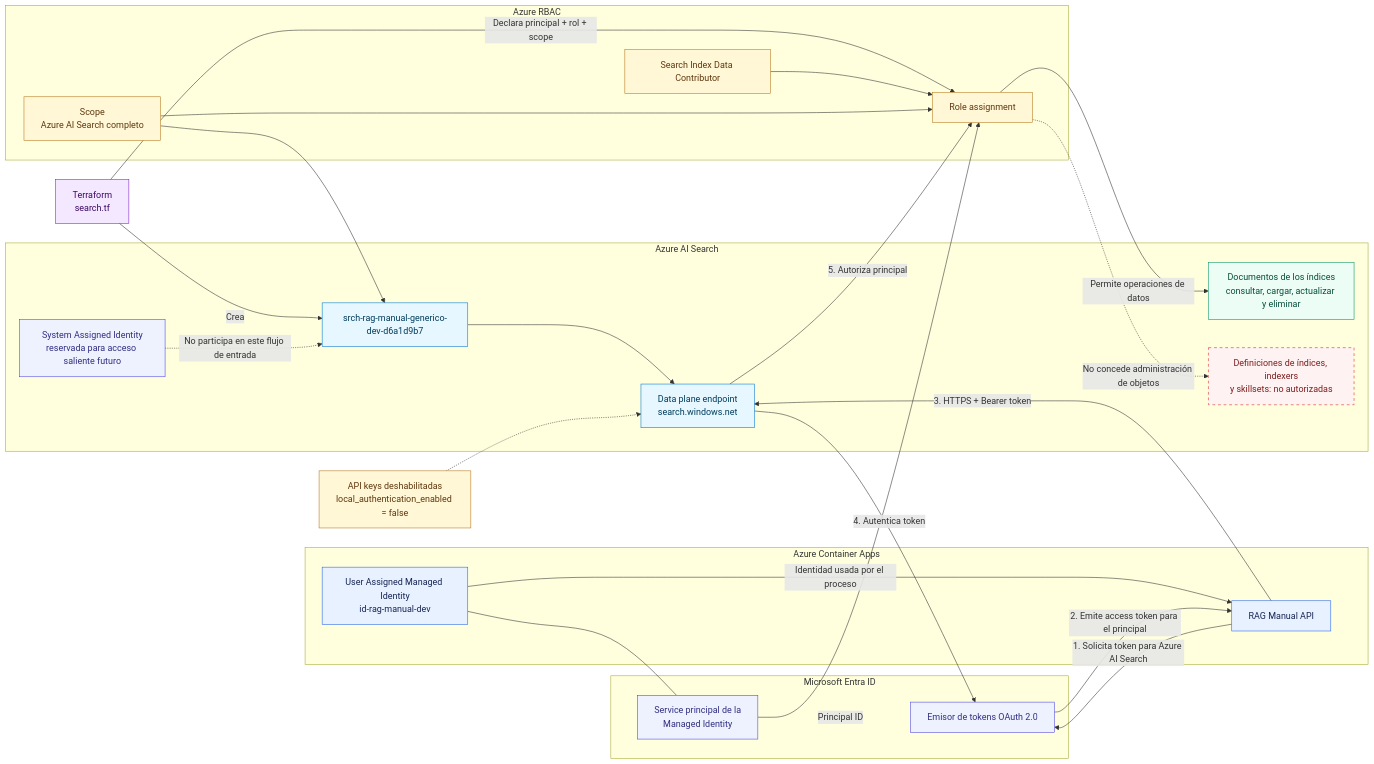
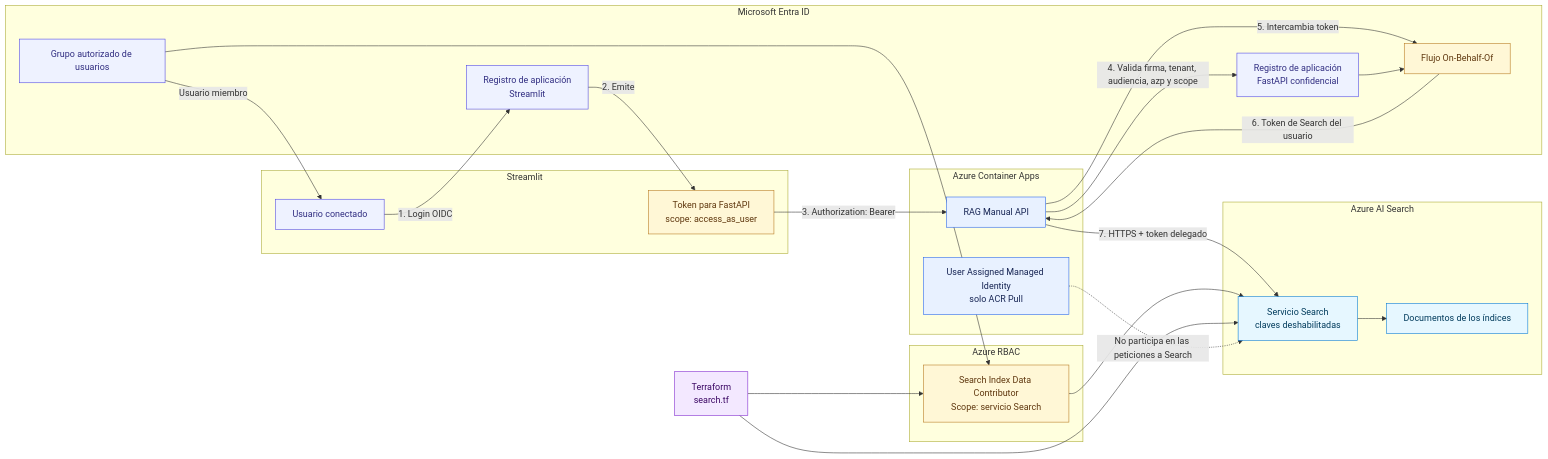
Before and after one commit to efraxpc/rag-manual-generico: the diagram in infrastructure/terraform/azure-ai-search-entra-rbac.mmd, drawn with Mermaid. The commit also changed 34 other files, not shown here.

Commit message:
feat(auth): add delegated Entra ID access to Azure AI Search

```diff
--- a/infrastructure/terraform/azure-ai-search-entra-rbac.mmd
+++ b/infrastructure/terraform/azure-ai-search-entra-rbac.mmd
@@ -1,65 +1,57 @@
 flowchart LR
   terraform["Terraform<br/>search.tf"]
 
+  subgraph frontend["Streamlit"]
+    user["Usuario conectado"]
+    access_token["Token para FastAPI<br/>scope: access_as_user"]
+  end
+
   subgraph workload["Azure Container Apps"]
     app["RAG Manual API"]
-    managed_identity["User Assigned Managed Identity<br/>id-rag-manual-dev"]
+    managed_identity["User Assigned Managed Identity<br/>solo ACR Pull"]
   end
 
   subgraph entra_boundary["Microsoft Entra ID"]
-    service_principal["Service principal de la<br/>Managed Identity"]
-    token_service["Emisor de tokens OAuth 2.0"]
+    frontend_app["Registro de aplicación<br/>Streamlit"]
+    api_app["Registro de aplicación<br/>FastAPI confidencial"]
+    obo["Flujo On-Behalf-Of"]
+    group["Grupo autorizado de usuarios"]
   end
 
   subgraph rbac_boundary["Azure RBAC"]
-    role_assignment["Role assignment"]
-    role["Search Index Data Contributor"]
-    scope["Scope<br/>Azure AI Search completo"]
+    role_assignment["Search Index Data Contributor<br/>Scope: servicio Search"]
   end
 
   subgraph search_boundary["Azure AI Search"]
-    search_service["srch-rag-manual-generico-dev-d6a1d9b7"]
-    search_endpoint["Data plane endpoint<br/>search.windows.net"]
-    documents["Documentos de los índices<br/>consultar, cargar, actualizar y eliminar"]
-    definitions["Definiciones de índices, indexers<br/>y skillsets: no autorizadas"]
-    search_identity["System Assigned Identity<br/>reservada para acceso saliente futuro"]
+    search_service["Servicio Search<br/>claves deshabilitadas"]
+    documents["Documentos de los índices"]
   end
 
-  keys_disabled["API keys deshabilitadas<br/>local_authentication_enabled = false"]
+  user -->|"1. Login OIDC"| frontend_app
+  frontend_app -->|"2. Emite"| access_token
+  access_token -->|"3. Authorization: Bearer"| app
+  app -->|"4. Valida firma, tenant, audiencia, azp y scope"| api_app
+  app -->|"5. Intercambia token"| obo
+  api_app --> obo
+  obo -->|"6. Token de Search del usuario"| app
+  app -->|"7. HTTPS + token delegado"| search_service
+  group -->|"Usuario miembro"| user
+  group --> role_assignment
+  role_assignment --> search_service
+  search_service --> documents
 
-  managed_identity -->|"Identidad usada por el proceso"| app
-  managed_identity --- service_principal
-  app -->|"1. Solicita token para Azure AI Search"| token_service
-  token_service -->|"2. Emite access token para el principal"| app
-  app -->|"3. HTTPS + Bearer token"| search_endpoint
-  search_endpoint -->|"4. Autentica token"| token_service
-  search_endpoint -->|"5. Autoriza principal"| role_assignment
+  terraform --> search_service
+  terraform --> role_assignment
+  managed_identity -.->|"No participa en las peticiones a Search"| search_service
 
-  terraform -->|"Crea"| search_service
-  terraform -->|"Declara principal + rol + scope"| role_assignment
-  service_principal -->|"Principal ID"| role_assignment
-  role --> role_assignment
-  scope --> role_assignment
-  scope --> search_service
-
-  search_service --> search_endpoint
-  role_assignment -->|"Permite operaciones de datos"| documents
-  role_assignment -.->|"No concede administración de objetos"| definitions
-  search_identity -.->|"No participa en este flujo de entrada"| search_service
-  keys_disabled -.-> search_endpoint
-
-  classDef terraformNode fill:#f3e8ff,stroke:#7e22ce,color:#3b0764
-  classDef workloadNode fill:#e8f1ff,stroke:#2563eb,color:#172554
-  classDef identity fill:#eef2ff,stroke:#4f46e5,color:#312e81
+  classDef userNode fill:#eef2ff,stroke:#4f46e5,color:#312e81
   classDef security fill:#fff7d6,stroke:#b7791f,color:#5f370e
   classDef azureResource fill:#e6f7ff,stroke:#0078d4,color:#003b5c
-  classDef allowed fill:#ecfdf5,stroke:#059669,color:#064e3b
-  classDef denied fill:#fef2f2,stroke:#dc2626,color:#7f1d1d,stroke-dasharray: 5 5
+  classDef workloadNode fill:#e8f1ff,stroke:#2563eb,color:#172554
+  classDef terraformNode fill:#f3e8ff,stroke:#7e22ce,color:#3b0764
 
+  class user,group,frontend_app,api_app userNode
+  class access_token,obo,role_assignment security
+  class search_service,documents azureResource
+  class app,managed_identity workloadNode
   class terraform terraformNode
-  class app,managed_identity workloadNode
-  class service_principal,token_service,search_identity identity
-  class role_assignment,role,scope,keys_disabled security
-  class search_service,search_endpoint azureResource
-  class documents allowed
-  class definitions denied
```
